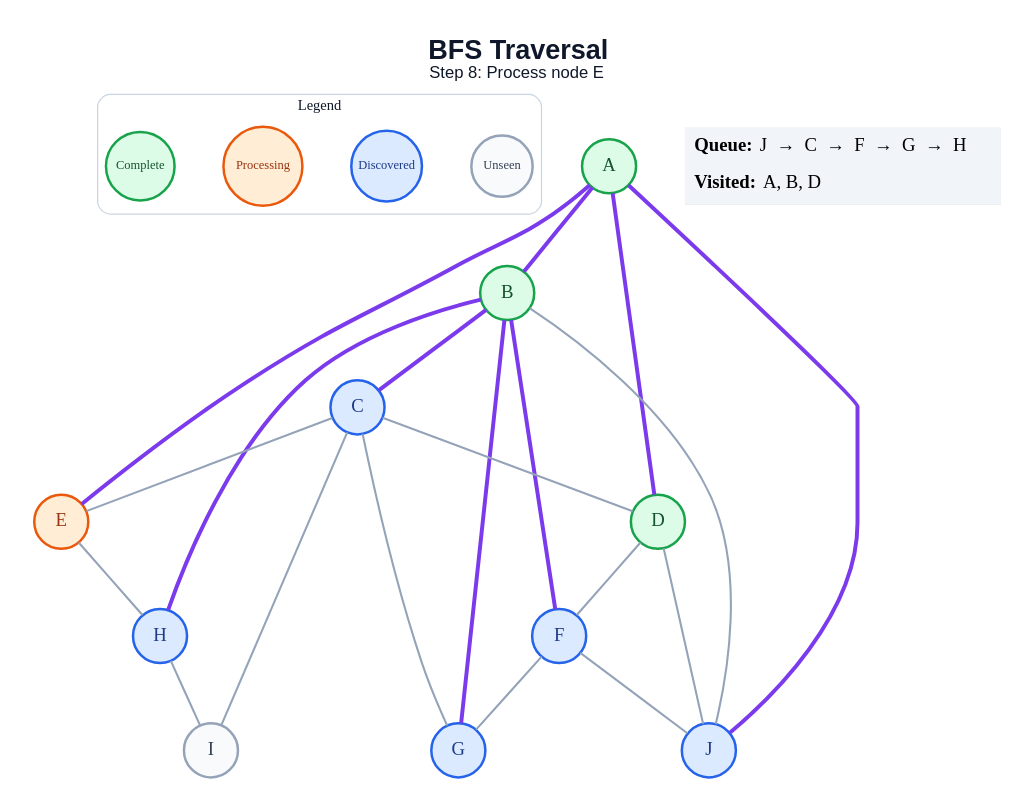
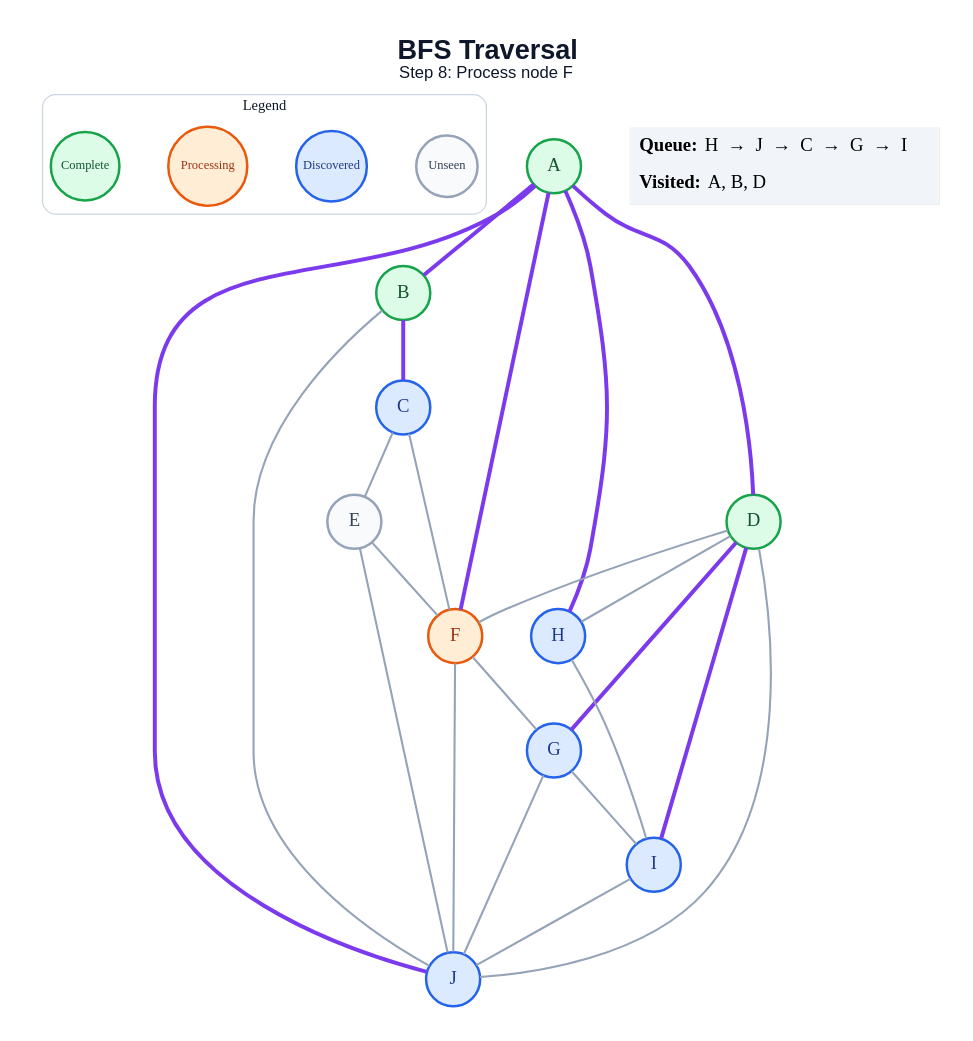
The diagram in generated/bfs/step_08.dot (anon7238593-create/ai-slop), drawn with Graphviz before and after one commit. The commit also changed 171 other files, not shown here.

```diff
--- a/generated/bfs/step_08.dot
+++ b/generated/bfs/step_08.dot
@@ -1,48 +1,51 @@
 graph traversal {
   graph [layout=dot, rankdir=TB, bgcolor="#FFFFFF", pad="0.35", nodesep="0.65", ranksep="0.8", fontname="Arial"];
   node [shape=circle, style="filled", fontname="Arial Bold", fontsize=18, width=0.72, fixedsize=true, penwidth=2.4];
   edge [color="#94A3B8", penwidth=2.0];
-  label=<<B>BFS Traversal</B><BR/><FONT POINT-SIZE="16">Step 8: Process node E</FONT>>; labelloc="t"; fontsize=26; fontname="Arial"; fontcolor="#0F172A";
+  label=<<B>BFS Traversal</B><BR/><FONT POINT-SIZE="16">Step 8: Process node F</FONT>>; labelloc="t"; fontsize=26; fontname="Arial"; fontcolor="#0F172A";
   subgraph cluster_legend { label="Legend"; color="#CBD5E1"; penwidth=1.2; style="rounded"; fontsize=14; fontname="Arial Bold";
     key_unseen [label="Unseen", fillcolor="#F8FAFC", color="#94A3B8", fontcolor="#334155", fontsize=12, width=0.82];
     key_frontier [label="Discovered", fillcolor="#DBEAFE", color="#2563EB", fontcolor="#1E3A8A", fontsize=12, width=0.95];
     key_current [label="Processing", fillcolor="#FFEDD5", color="#EA580C", fontcolor="#9A3412", fontsize=12, width=1.05];
     key_done [label="Complete", fillcolor="#DCFCE7", color="#16A34A", fontcolor="#14532D", fontsize=12, width=0.92];
     { rank=same; key_unseen; key_frontier; key_current; key_done; }
   }
   A [fillcolor="#DCFCE7", color="#16A34A", fontcolor="#14532D"];
   B [fillcolor="#DCFCE7", color="#16A34A", fontcolor="#14532D"];
   C [fillcolor="#DBEAFE", color="#2563EB", fontcolor="#1E3A8A"];
   D [fillcolor="#DCFCE7", color="#16A34A", fontcolor="#14532D"];
-  E [fillcolor="#FFEDD5", color="#EA580C", fontcolor="#9A3412"];
-  F [fillcolor="#DBEAFE", color="#2563EB", fontcolor="#1E3A8A"];
+  E [fillcolor="#F8FAFC", color="#94A3B8", fontcolor="#334155"];
+  F [fillcolor="#FFEDD5", color="#EA580C", fontcolor="#9A3412"];
   G [fillcolor="#DBEAFE", color="#2563EB", fontcolor="#1E3A8A"];
   H [fillcolor="#DBEAFE", color="#2563EB", fontcolor="#1E3A8A"];
-  I [fillcolor="#F8FAFC", color="#94A3B8", fontcolor="#334155"];
+  I [fillcolor="#DBEAFE", color="#2563EB", fontcolor="#1E3A8A"];
   J [fillcolor="#DBEAFE", color="#2563EB", fontcolor="#1E3A8A"];
   A -- B [color="#7C3AED", penwidth=3.8];
   A -- D [color="#7C3AED", penwidth=3.8];
-  A -- E [color="#7C3AED", penwidth=3.8];
+  A -- F [color="#7C3AED", penwidth=3.8];
+  A -- H [color="#7C3AED", penwidth=3.8];
   A -- J [color="#7C3AED", penwidth=3.8];
   B -- C [color="#7C3AED", penwidth=3.8];
-  B -- F [color="#7C3AED", penwidth=3.8];
-  B -- G [color="#7C3AED", penwidth=3.8];
-  B -- H [color="#7C3AED", penwidth=3.8];
   B -- J;
-  C -- D;
   C -- E;
-  C -- G;
-  C -- I;
+  C -- F;
   D -- F;
+  D -- G [color="#7C3AED", penwidth=3.8];
+  D -- H;
+  D -- I [color="#7C3AED", penwidth=3.8];
   D -- J;
-  E -- H;
+  E -- F;
+  E -- J;
   F -- G;
   F -- J;
+  G -- I;
+  G -- J;
   H -- I;
+  I -- J;
   status [shape=plain, fixedsize=false, width=0, height=0, margin=0, label=<
     <TABLE BORDER="0" CELLBORDER="0" CELLPADDING="7" BGCOLOR="#F1F5F9">
-      <TR><TD ALIGN="LEFT"><B>Queue:</B> J  →  C  →  F  →  G  →  H</TD></TR>
+      <TR><TD ALIGN="LEFT"><B>Queue:</B> H  →  J  →  C  →  G  →  I</TD></TR>
       <TR><TD ALIGN="LEFT"><B>Visited:</B> A, B, D</TD></TR>
     </TABLE>
   >];
 }
```
